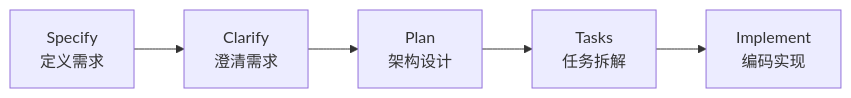
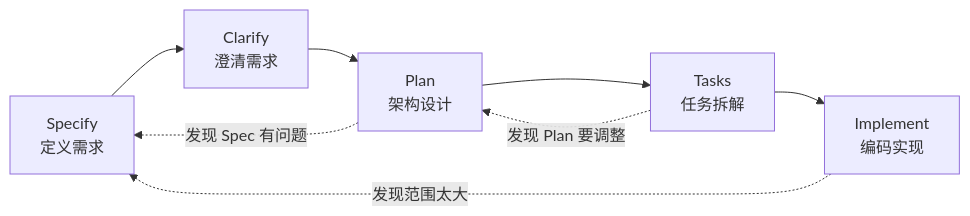
Before and after one commit to mgeer/master_ai_programming: the diagram in content/03-SDD概述.md, drawn with Mermaid. The commit also changed other lines of this file and 16 other files, not shown here.

````diff
--- a/content/03-SDD概述.md
+++ b/content/03-SDD概述.md
@@ -155,7 +52,10 @@
 ```mermaid
 graph LR
     S["Specify<br/>定义需求"] --> CL["Clarify<br/>澄清需求"]
     CL --> P["Plan<br/>架构设计"]
     P --> T["Tasks<br/>任务拆解"]
     T --> I["Implement<br/>编码实现"]
+    P -.->|"发现 Spec 有问题"| S
+    T -.->|"发现 Plan 要调整"| P
+    I -.->|"发现范围太大"| S
 ```
````
